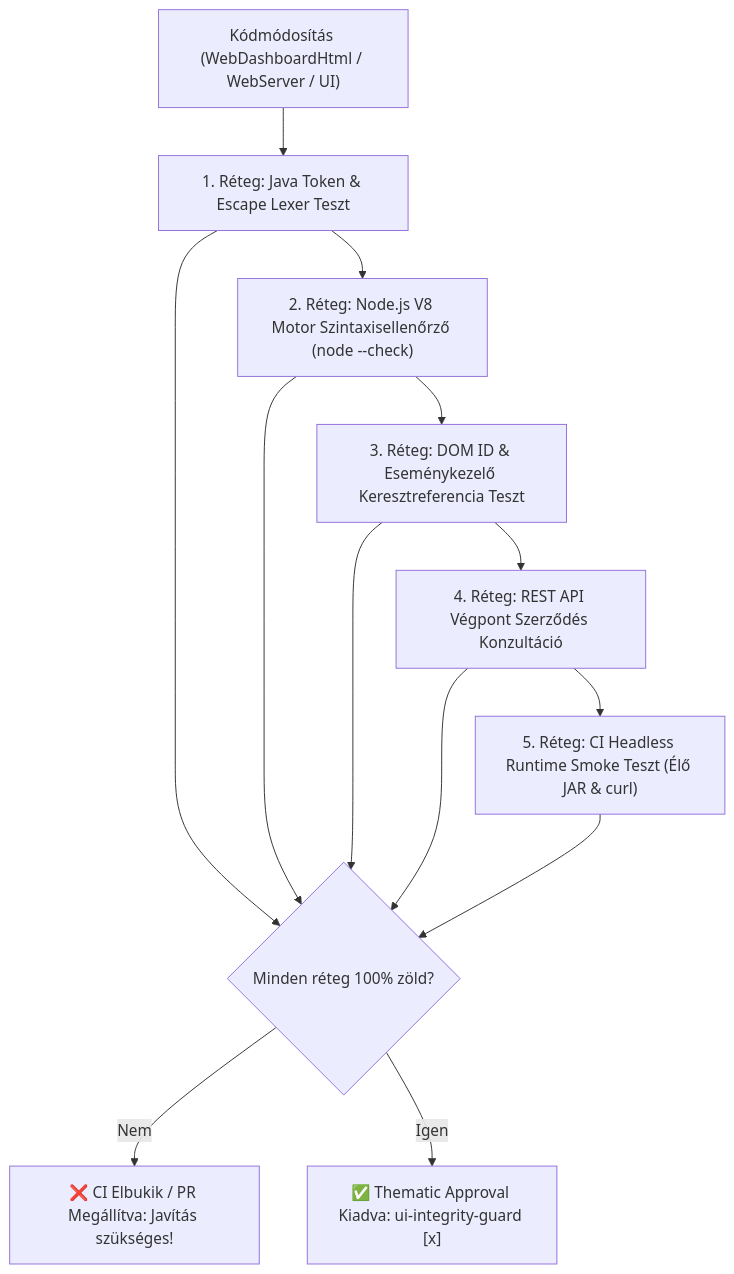
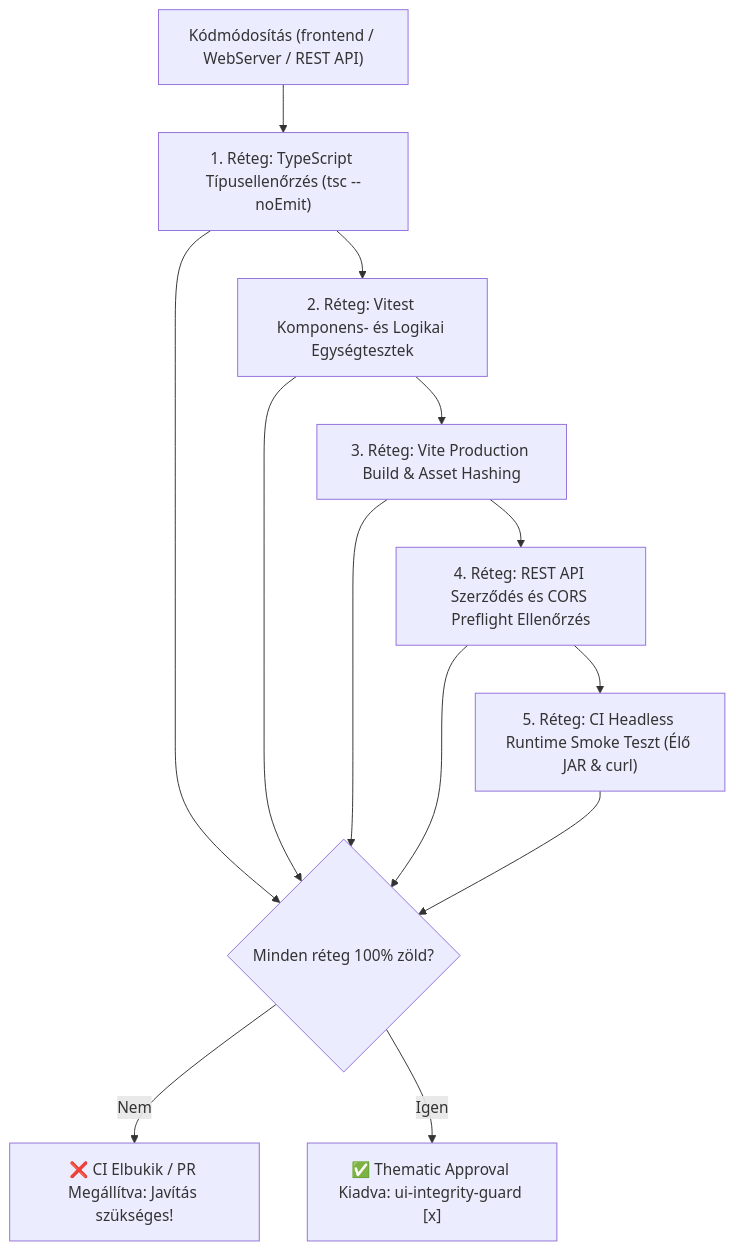
The diagram in .agents/skills/ui-integrity-guard/SKILL.md (Luxeonn/ingatlan-kereso), drawn with Mermaid before and after one commit. The commit also changed other lines of this file and 60 other files, not shown here.

Commit message:
feat(frontend): Modern Decoupled SPA Kliens (React 19, TypeScript, Vite) (#89) (#119)

````diff
--- a/.agents/skills/ui-integrity-guard/SKILL.md
+++ b/.agents/skills/ui-integrity-guard/SKILL.md
@@ -29,13 +27,13 @@
 ```mermaid
 flowchart TD
-    Start["Kódmódosítás (WebDashboardHtml / WebServer / UI)"] --> L1["1. Réteg: Java Token & Escape Lexer Teszt"]
-    L1 --> L2["2. Réteg: Node.js V8 Motor Szintaxisellenőrző (node --check)"]
-    L2 --> L3["3. Réteg: DOM ID & Eseménykezelő Keresztreferencia Teszt"]
-    L3 --> L4["4. Réteg: REST API Végpont Szerződés Konzultáció"]
+    Start["Kódmódosítás (frontend / WebServer / REST API)"] --> L1["1. Réteg: TypeScript Típusellenőrzés (tsc --noEmit)"]
+    L1 --> L2["2. Réteg: Vitest Komponens- és Logikai Egységtesztek"]
+    L2 --> L3["3. Réteg: Vite Production Build & Asset Hashing"]
+    L3 --> L4["4. Réteg: REST API Szerződés és CORS Preflight Ellenőrzés"]
     L4 --> L5["5. Réteg: CI Headless Runtime Smoke Teszt (Élő JAR & curl)"]
     
     L1 & L2 & L3 & L4 & L5 --> Decision{"Minden réteg 100% zöld?"}
     
     Decision -->|Nem| Fail["❌ CI Elbukik / PR Megállítva: Javítás szükséges!"]
     Decision -->|Igen| Pass["✅ Thematic Approval Kiadva: ui-integrity-guard [x]"]
 ```
````
